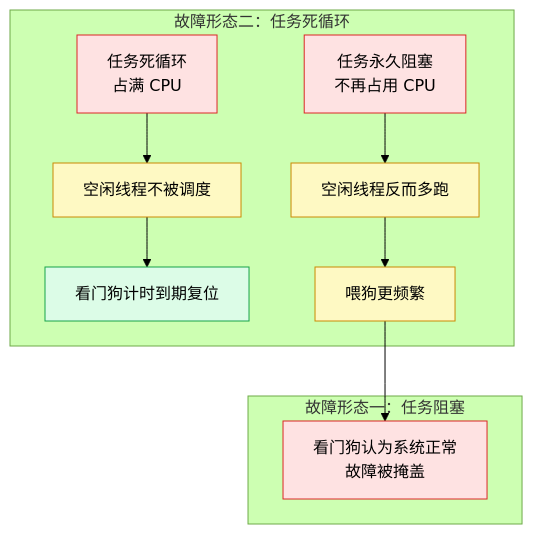
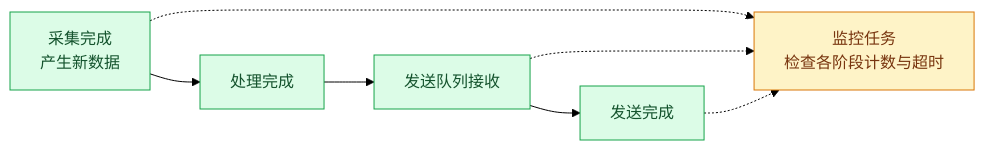
One commit to DeguiLiu/tech-notes changed the second of 2 diagrams in content/posts/architecture/mcu_thread_heartbeat_liveness.md. Above: the diagram before and after it, drawn with Mermaid (forest theme). The commit also changed other lines of this file and 1 other file, not shown here.

````diff
--- a/content/posts/architecture/mcu_thread_heartbeat_liveness.md
+++ b/content/posts/architecture/mcu_thread_heartbeat_liveness.md
@@ -166,22 +150,11 @@
 ```mermaid
-flowchart TB
-    subgraph C2["故障形态二：任务死循环"]
-        B1["任务死循环<br/>占满 CPU"]:::bad
-        B2["空闲线程不被调度"]:::idle
-        B3["看门狗计时到期复位"]:::ok
-        A1["任务永久阻塞<br/>不再占用 CPU"]:::bad
-        A2["空闲线程反而多跑"]:::idle
-        A3["喂狗更频繁"]:::idle
-    end
-    subgraph C1["故障形态一：任务阻塞"]
-        A4["看门狗认为系统正常<br/>故障被掩盖"]:::bad
-    end
-    B1 --> B2
-    B2 --> B3
-    A1 --> A2
-    A2 --> A3
-    A3 --> A4
-    classDef bad fill:#fee2e2,stroke:#dc2626
-    classDef idle fill:#fef9c3,stroke:#ca8a04
-    classDef ok fill:#dcfce7,stroke:#16a34a
+flowchart LR
+    A["采集完成<br/>产生新数据"]:::stage --> B["处理完成"]:::stage
+    B --> C["发送队列接收"]:::stage
+    C --> D["发送完成"]:::stage
+    A -.-> M["监控任务<br/>检查各阶段计数与超时"]:::mon
+    C -.-> M
+    D -.-> M
+    classDef stage fill:#dcfce7,stroke:#16a34a,color:#14532d
+    classDef mon fill:#fef3c7,stroke:#d97706,color:#78350f
 ```
````
